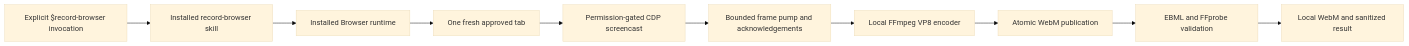
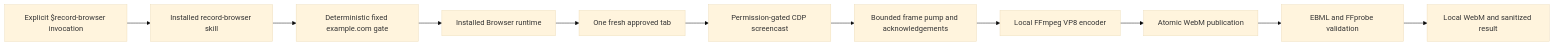
Before and after one commit to flsteven87/codex-browser-recorder: the diagram in README.md, drawn with Mermaid (base theme). The commit also changed other lines of this file and 4 other files, not shown here.

````diff
--- a/README.md
+++ b/README.md
@@ -131,12 +136,13 @@
 ```mermaid
 flowchart LR
     U["Explicit $record-browser invocation"] --> S["Installed record-browser skill"]
-    S --> B["Installed Browser runtime"]
+    S --> G["Deterministic fixed example.com gate"]
+    G --> B["Installed Browser runtime"]
     B --> T["One fresh approved tab"]
     T --> C["Permission-gated CDP screencast"]
     C --> P["Bounded frame pump and acknowledgements"]
     P --> F["Local FFmpeg VP8 encoder"]
     F --> A["Atomic WebM publication"]
     A --> V["EBML and FFprobe validation"]
     V --> R["Local WebM and sanitized result"]
 ```
````
